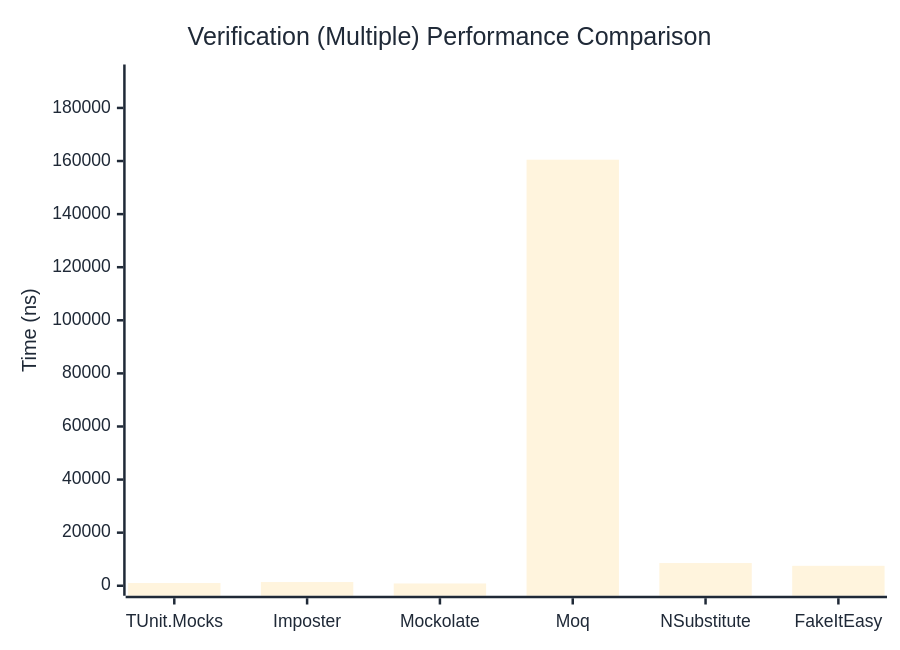
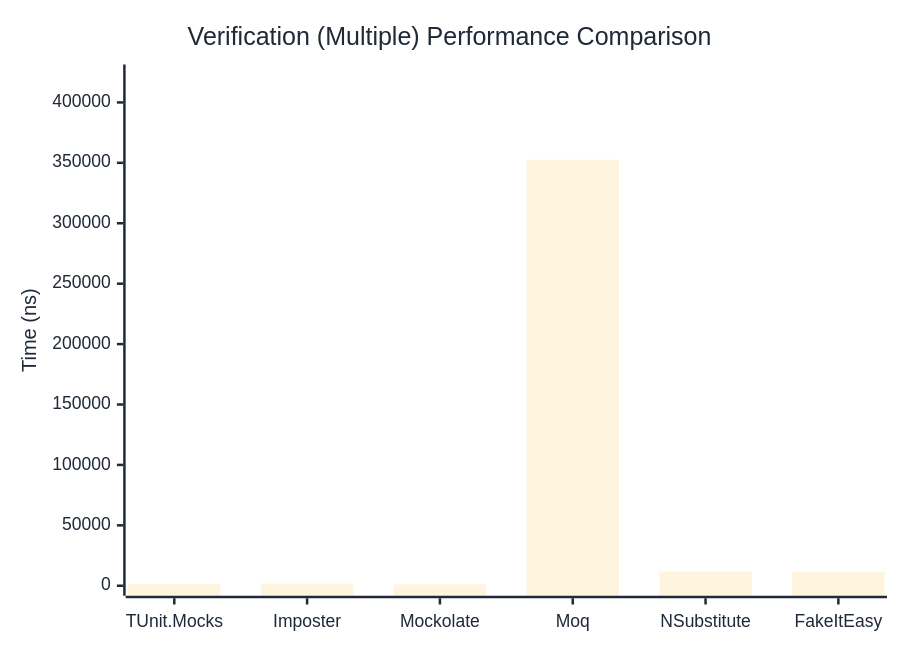
The third of 3 diagrams in docs/docs/benchmarks/mocks/Verification.md (thomhurst/TUnit), drawn with Mermaid before and after one commit. The commit also changed other lines of this file and 14 other files, not shown here.

````diff
--- a/docs/docs/benchmarks/mocks/Verification.md
+++ b/docs/docs/benchmarks/mocks/Verification.md
@@ -112,27 +112,27 @@
 ```mermaid
 %%{init: {
   'theme':'base',
   'themeVariables': {
     'primaryColor': '#2563eb',
     'primaryTextColor': '#1f2937',
     'primaryBorderColor': '#1e40af',
     'lineColor': '#6b7280',
     'secondaryColor': '#7c3aed',
     'tertiaryColor': '#dc2626',
     'background': '#ffffff',
     'pie1': '#2563eb',
     'pie2': '#7c3aed',
     'pie3': '#dc2626',
     'pie4': '#f59e0b',
     'pie5': '#10b981',
     'pie6': '#06b6d4',
     'pie7': '#ec4899',
     'pie8': '#6366f1'
   }
 }}%%
 xychart-beta
   title "Verification (Multiple) Performance Comparison"
   x-axis ["TUnit.Mocks", "Imposter", "Mockolate", "Moq", "NSubstitute", "FakeItEasy"]
-  y-axis "Time (ns)" 0 --> 192597
-  bar [1023.21, 1396, 858.69, 160497.21, 8557.76, 7504.47]
+  y-axis "Time (ns)" 0 --> 423117
+  bar [1289.92, 1780.71, 1111.56, 352596.74, 11782.11, 11703.67]
 ```
````
